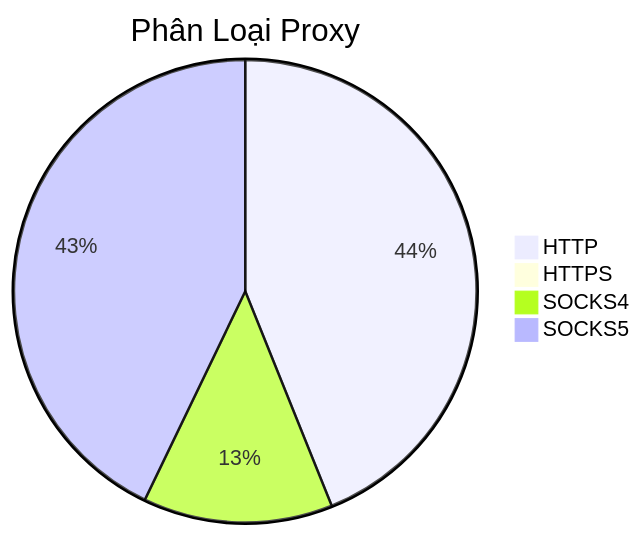
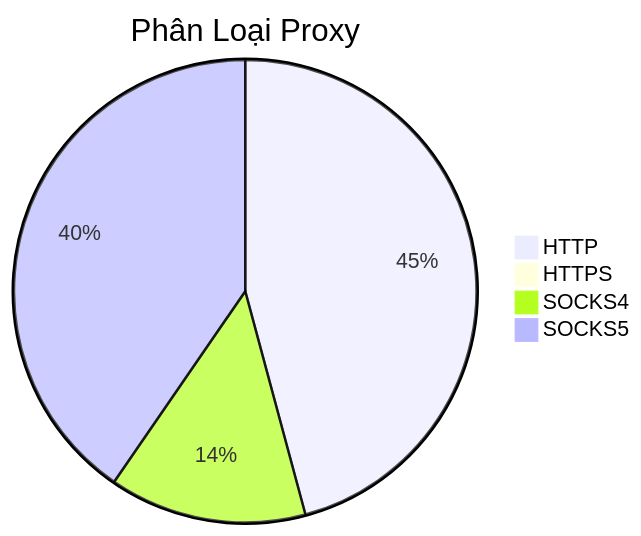
One commit to Ciara-Aa/PROXY-free changed the diagram in README.md. Above: the diagram before and after it, drawn with Mermaid. The commit also changed other lines of this file and 4 other files, not shown here.

````diff
--- a/README.md
+++ b/README.md
@@ -26,7 +26,7 @@
 ```mermaid
 pie title Phân Loại Proxy
-    "HTTP" : 252
+    "HTTP" : 246
     "HTTPS" : 4
-    "SOCKS4" : 76
-    "SOCKS5" : 246
+    "SOCKS4" : 74
+    "SOCKS5" : 217
 ```
````
